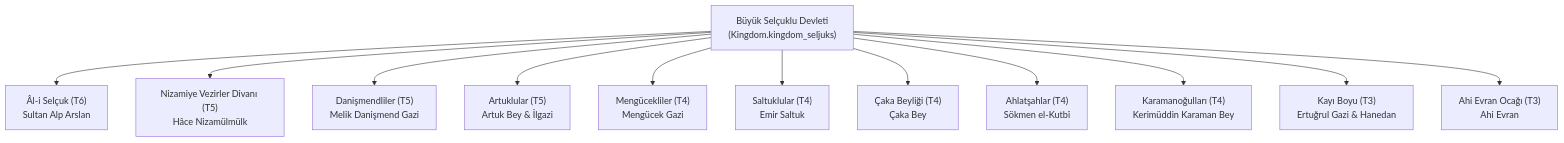
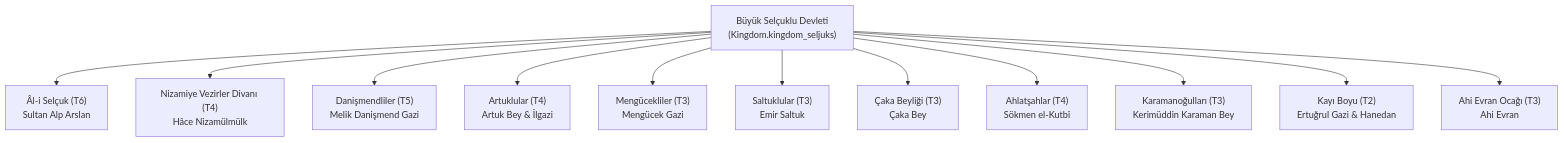
One commit to keremtrgl/OttomanJanissariesAndTurkicHeroes changed the seventh of 11 diagrams in graphify-out/graph.md. Above: the diagram before and after it, drawn with Mermaid. The commit also changed other lines of this file and 1 other file, not shown here.

First line of the commit message:
Correct graph.md facts found by the wiki review; add v1.9.0 history

````diff
--- a/graphify-out/graph.md
+++ b/graphify-out/graph.md
@@ -226,14 +226,14 @@
 ```mermaid
 graph TD
     KS["Büyük Selçuklu Devleti<br/>(Kingdom.kingdom_seljuks)"] --> CL1["Âl-i Selçuk (T6)<br/>Sultan Alp Arslan"]
-    KS --> CL2["Nizamiye Vezirler Divanı (T5)<br/>Hâce Nizamülmülk"]
+    KS --> CL2["Nizamiye Vezirler Divanı (T4)<br/>Hâce Nizamülmülk"]
     KS --> CL3["Danişmendliler (T5)<br/>Melik Danişmend Gazi"]
-    KS --> CL4["Artuklular (T5)<br/>Artuk Bey &amp; İlgazi"]
-    KS --> CL5["Mengücekliler (T4)<br/>Mengücek Gazi"]
-    KS --> CL6["Saltuklular (T4)<br/>Emir Saltuk"]
-    KS --> CL7["Çaka Beyliği (T4)<br/>Çaka Bey"]
+    KS --> CL4["Artuklular (T4)<br/>Artuk Bey &amp; İlgazi"]
+    KS --> CL5["Mengücekliler (T3)<br/>Mengücek Gazi"]
+    KS --> CL6["Saltuklular (T3)<br/>Emir Saltuk"]
+    KS --> CL7["Çaka Beyliği (T3)<br/>Çaka Bey"]
     KS --> CL8["Ahlatşahlar (T4)<br/>Sökmen el-Kutbî"]
-    KS --> CL9["Karamanoğulları (T4)<br/>Kerimüddin Karaman Bey"]
-    KS --> CL10["Kayı Boyu (T3)<br/>Ertuğrul Gazi &amp; Hanedan"]
+    KS --> CL9["Karamanoğulları (T3)<br/>Kerimüddin Karaman Bey"]
+    KS --> CL10["Kayı Boyu (T2)<br/>Ertuğrul Gazi &amp; Hanedan"]
     KS --> CL11["Ahi Evran Ocağı (T3)<br/>Ahi Evran"]
 ```
````
